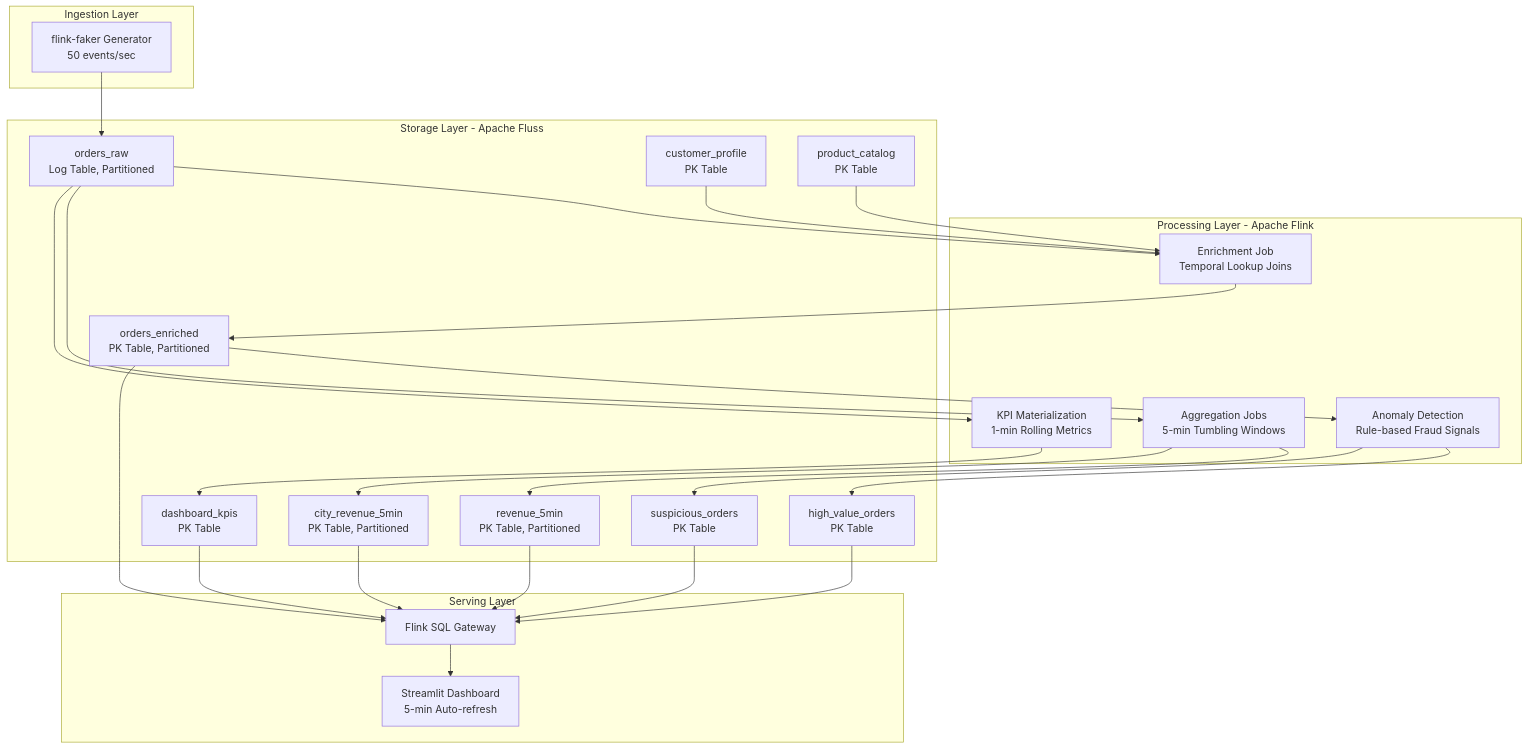
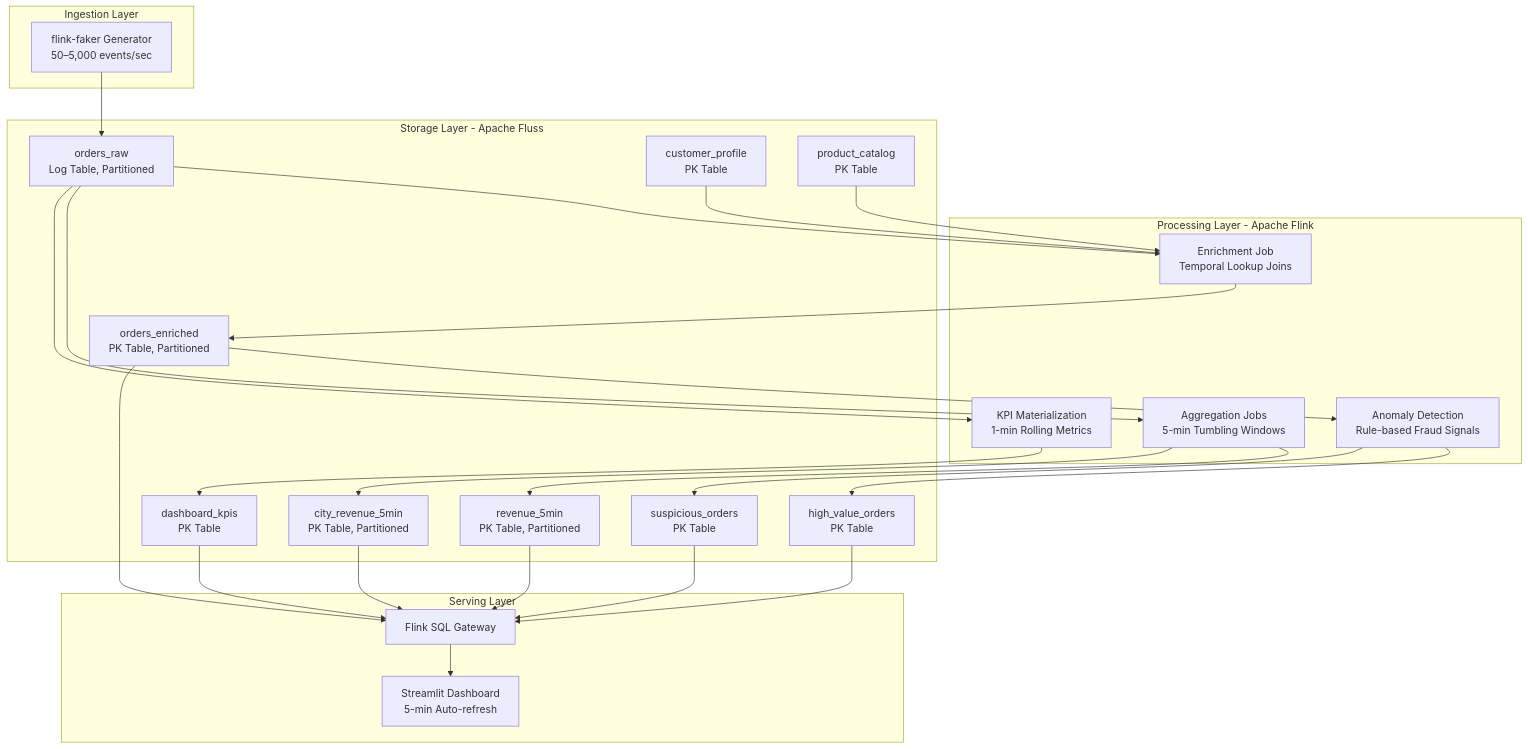
The second of 8 diagrams in README.md (Yogi776/Real-Time-E-commerce-Order-Intelligence-with-Apache-Fluss), drawn with Mermaid before and after one commit. The commit also changed other lines of this file and 4 other files, not shown here.

First line of the commit message:
perf: add production-scale load test (5,000 events/sec)

````diff
--- a/README.md
+++ b/README.md
@@ -31,48 +31,48 @@
 ```mermaid
 flowchart TB
     subgraph ingestion ["Ingestion Layer"]
-        GEN[flink-faker Generator<br/>50 events/sec]
+        GEN[flink-faker Generator<br/>50–5,000 events/sec]
     end
     subgraph processing ["Processing Layer - Apache Flink"]
         ENR[Enrichment Job<br/>Temporal Lookup Joins]
         AGG[Aggregation Jobs<br/>5-min Tumbling Windows]
         ANO[Anomaly Detection<br/>Rule-based Fraud Signals]
         KPI[KPI Materialization<br/>1-min Rolling Metrics]
     end
     subgraph storage ["Storage Layer - Apache Fluss"]
         RAW[orders_raw<br/>Log Table, Partitioned]
         DIM1[customer_profile<br/>PK Table]
         DIM2[product_catalog<br/>PK Table]
         ENRICH[orders_enriched<br/>PK Table, Partitioned]
         REV[revenue_5min<br/>PK Table, Partitioned]
         CITY[city_revenue_5min<br/>PK Table, Partitioned]
         HV[high_value_orders<br/>PK Table]
         SUSP[suspicious_orders<br/>PK Table]
         KPIS[dashboard_kpis<br/>PK Table]
     end
     subgraph serving ["Serving Layer"]
         GW[Flink SQL Gateway]
         DASH[Streamlit Dashboard<br/>5-min Auto-refresh]
     end
 
     GEN --> RAW
     RAW --> ENR
     DIM1 --> ENR
     DIM2 --> ENR
     ENR --> ENRICH
     RAW --> AGG
     AGG --> REV
     AGG --> CITY
     ENRICH --> ANO
     ANO --> HV
     ANO --> SUSP
     RAW --> KPI
     KPI --> KPIS
     ENRICH --> GW
     REV --> GW
     CITY --> GW
     HV --> GW
     SUSP --> GW
     KPIS --> GW
     GW --> DASH
 ```
````
